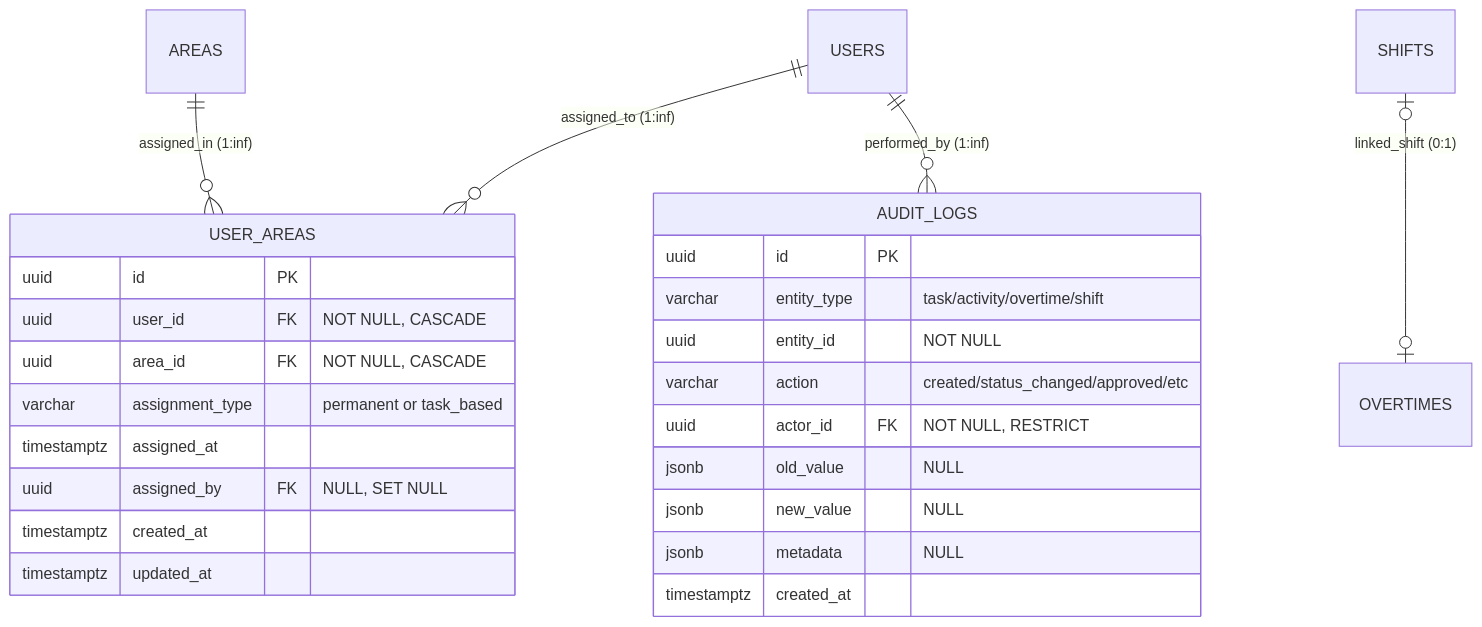
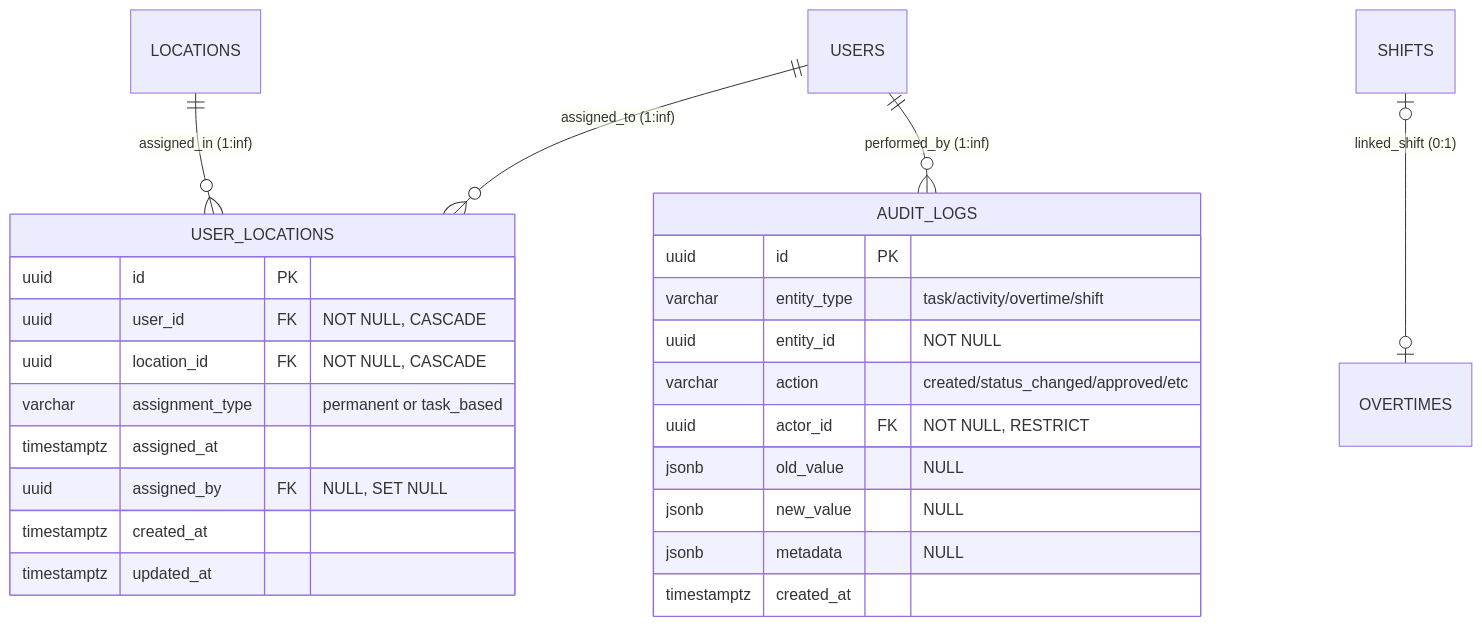
One commit to dlhsby/sekar changed the tenth of 13 diagrams in specs/database/erd.md. Above: the diagram before and after it, drawn with Mermaid. The commit also changed other lines of this file and 53 other files, not shown here.

````diff
--- a/specs/database/erd.md
+++ b/specs/database/erd.md
@@ -609,30 +609,30 @@
 ```mermaid
 erDiagram
-    USERS ||--o{ USER_AREAS : "assigned_to (1:inf)"
-    AREAS ||--o{ USER_AREAS : "assigned_in (1:inf)"
+    USERS ||--o{ USER_LOCATIONS : "assigned_to (1:inf)"
+    LOCATIONS ||--o{ USER_LOCATIONS : "assigned_in (1:inf)"
     USERS ||--o{ AUDIT_LOGS : "performed_by (1:inf)"
     SHIFTS o|--o| OVERTIMES : "linked_shift (0:1)"
 
-    USER_AREAS {
+    USER_LOCATIONS {
         uuid id PK
         uuid user_id FK "NOT NULL, CASCADE"
-        uuid area_id FK "NOT NULL, CASCADE"
+        uuid location_id FK "NOT NULL, CASCADE"
         varchar assignment_type "permanent or task_based"
         timestamptz assigned_at
         uuid assigned_by FK "NULL, SET NULL"
         timestamptz created_at
         timestamptz updated_at
     }
 
     AUDIT_LOGS {
         uuid id PK
         varchar entity_type "task/activity/overtime/shift"
         uuid entity_id "NOT NULL"
         varchar action "created/status_changed/approved/etc"
         uuid actor_id FK "NOT NULL, RESTRICT"
         jsonb old_value "NULL"
         jsonb new_value "NULL"
         jsonb metadata "NULL"
         timestamptz created_at
     }
 ```
````
